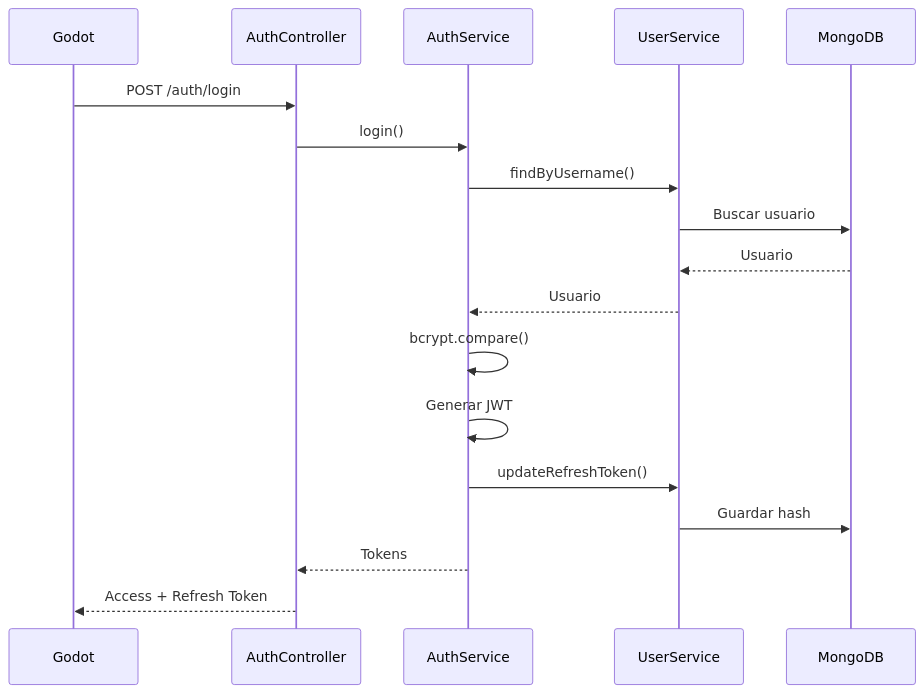
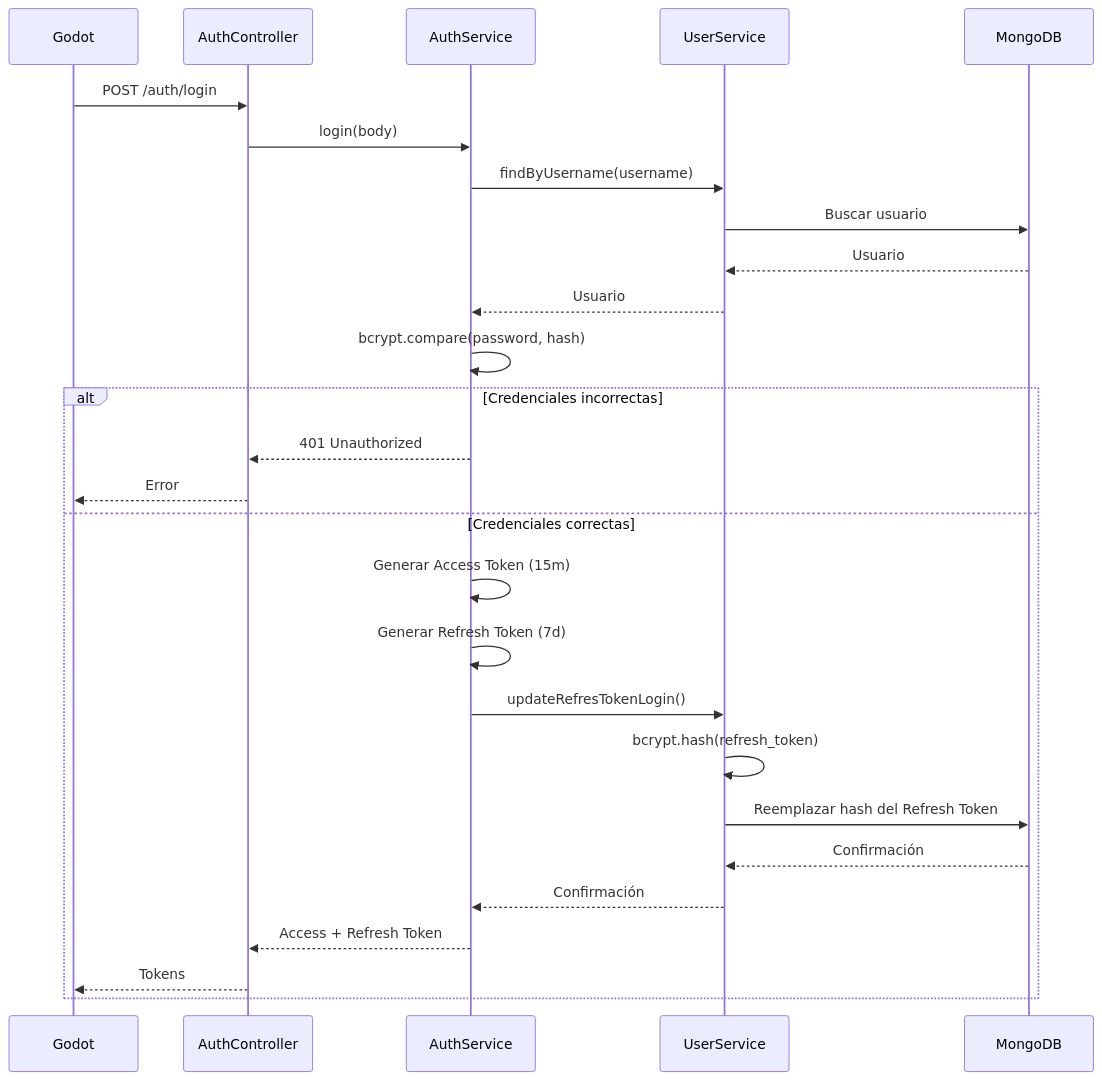
One commit to corralwars/CorralWarsBackend changed the second of 9 diagrams in README.md. Above: the diagram before and after it, drawn with Mermaid. The commit also changed other lines of this file and 7 other files, not shown here.

Commit message:
feat: implement refresh token functionality and update authentication flow

````diff
--- a/README.md
+++ b/README.md
@@ -351,21 +370,32 @@
 ```mermaid
 sequenceDiagram
     participant G as Godot
     participant C as AuthController
     participant S as AuthService
     participant U as UserService
     participant DB as MongoDB
 
     G->>C: POST /auth/login
-    C->>S: login()
-    S->>U: findByUsername()
+    C->>S: login(body)
+    S->>U: findByUsername(username)
     U->>DB: Buscar usuario
     DB-->>U: Usuario
     U-->>S: Usuario
-    S->>S: bcrypt.compare()
-    S->>S: Generar JWT
-    S->>U: updateRefreshToken()
-    U->>DB: Guardar hash
-    S-->>C: Tokens
-    C-->>G: Access + Refresh Token
+
+    S->>S: bcrypt.compare(password, hash)
+
+    alt Credenciales incorrectas
+        S-->>C: 401 Unauthorized
+        C-->>G: Error
+    else Credenciales correctas
+        S->>S: Generar Access Token (15m)
+        S->>S: Generar Refresh Token (7d)
+        S->>U: updateRefresTokenLogin()
+        U->>U: bcrypt.hash(refresh_token)
+        U->>DB: Reemplazar hash del Refresh Token
+        DB-->>U: Confirmación
+        U-->>S: Confirmación
+        S-->>C: Access + Refresh Token
+        C-->>G: Tokens
+    end
 ```
````
